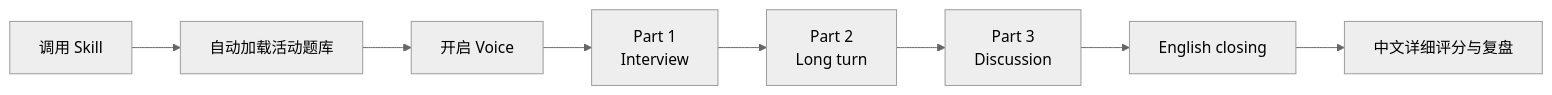
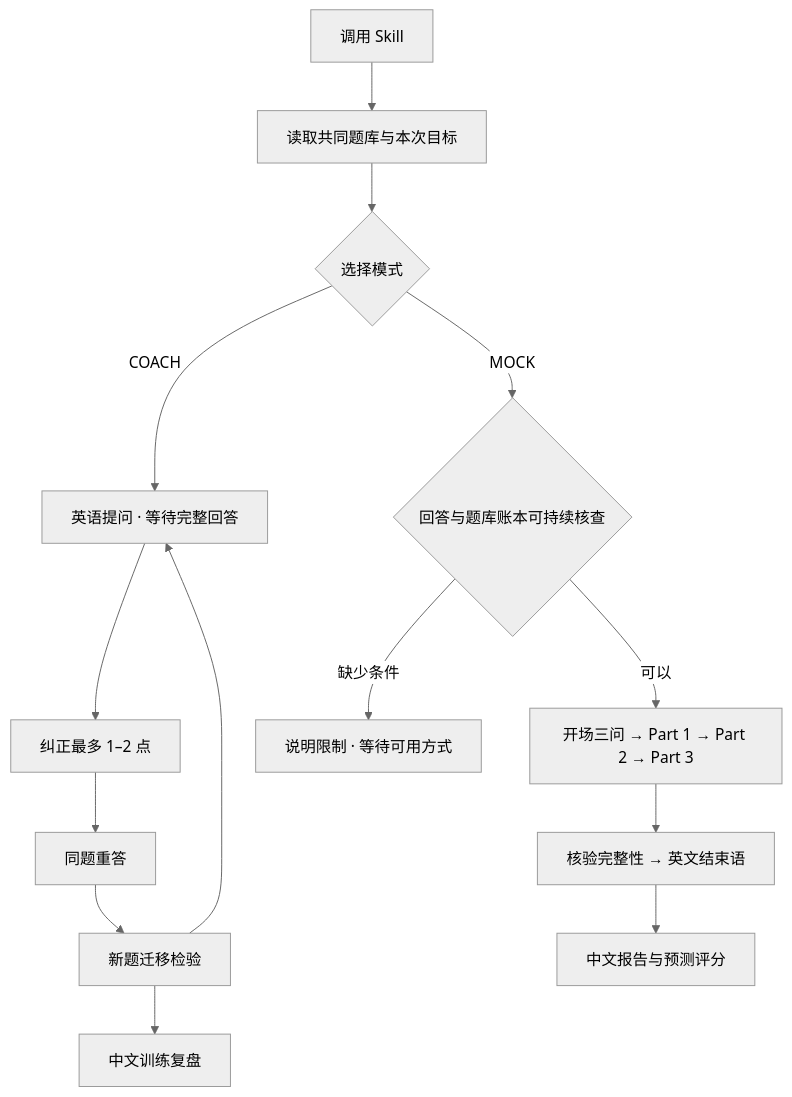
The diagram in README.md (Errriclin/ielts-speaking-examiner), drawn with Mermaid (neutral theme) before and after one commit. The commit also changed other lines of this file and 10 other files, not shown here.

Commit message:
feat: add voice coaching alongside full mock exams

````diff
--- a/README.md
+++ b/README.md
@@ -68,10 +65,16 @@
 ```mermaid
-flowchart LR
-    A[调用 Skill] --> B[自动加载活动题库]
-    B --> C[开启 Voice]
-    C --> D[Part 1<br/>Interview]
-    D --> E[Part 2<br/>Long turn]
-    E --> F[Part 3<br/>Discussion]
-    F --> G[English closing]
-    G --> H[中文详细评分与复盘]
+flowchart TD
+    A[调用 Skill] --> B[读取共同题库与本次目标]
+    B --> C{选择模式}
+    C -->|COACH| D[英语提问 · 等待完整回答]
+    D --> E[纠正最多 1–2 点]
+    E --> F[同题重答]
+    F --> G[新题迁移检验]
+    G --> D
+    G --> H[中文训练复盘]
+    C -->|MOCK| I{回答与题库账本可持续核查}
+    I -->|可以| J[开场三问 → Part 1 → Part 2 → Part 3]
+    I -->|缺少条件| K[说明限制 · 等待可用方式]
+    J --> L[核验完整性 → 英文结束语]
+    L --> M[中文报告与预测评分]
 ```
````
